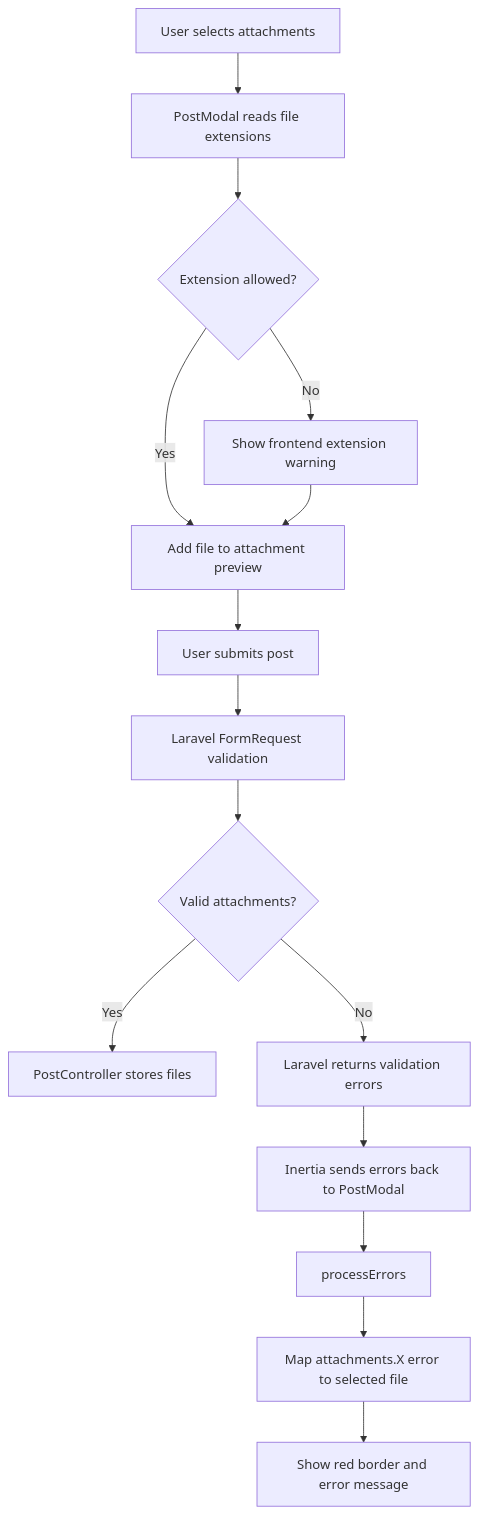
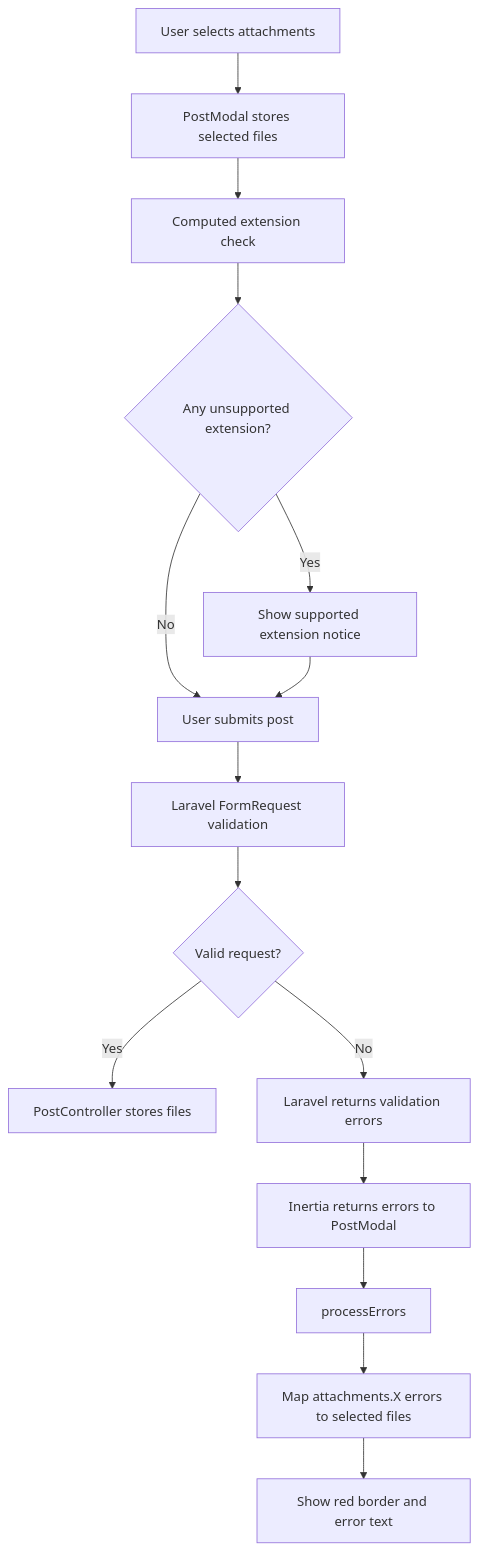
One commit to Paradox-Work/Poet-Web changed the diagram in docs/attachment-validation-flow.md. Above: the diagram before and after it, drawn with Mermaid. The commit also changed other lines of this file, not shown here.

Commit message:
docs: update attachment validation flow

````diff
--- a/docs/attachment-validation-flow.md
+++ b/docs/attachment-validation-flow.md
@@ -9,23 +13,32 @@
 ```mermaid
 flowchart TD
-    A[User selects attachments] --> B[PostModal reads file extensions]
-    B --> C{Extension allowed?}
+    A[User selects attachments]
+    B[PostModal stores selected files]
+    C[Computed extension check]
+    D{Any unsupported extension?}
+    E[Show supported extension notice]
+    F[User submits post]
+    G[Laravel FormRequest validation]
+    H{Valid request?}
+    I[PostController stores files]
+    J[Laravel returns validation errors]
+    K[Inertia returns errors to PostModal]
+    L[processErrors]
+    M[Map attachments.X errors to selected files]
+    N[Show red border and error text]
 
-    C -->|No| D[Show frontend extension warning]
-    C -->|Yes| E[Add file to attachment preview]
-
-    D --> E
-
-    E --> F[User submits post]
-    F --> G[Laravel FormRequest validation]
-
-    G --> H{Valid attachments?}
-
-    H -->|Yes| I[PostController stores files]
-    H -->|No| J[Laravel returns validation errors]
-
-    J --> K[Inertia sends errors back to PostModal]
-    K --> L[processErrors]
-    L --> M[Map attachments.X error to selected file]
-    M --> N[Show red border and error message]
+    A --> B
+    B --> C
+    C --> D
+    D -- Yes --> E
+    D -- No --> F
+    E --> F
+    F --> G
+    G --> H
+    H -- Yes --> I
+    H -- No --> J
+    J --> K
+    K --> L
+    L --> M
+    M --> N
 ```
````
